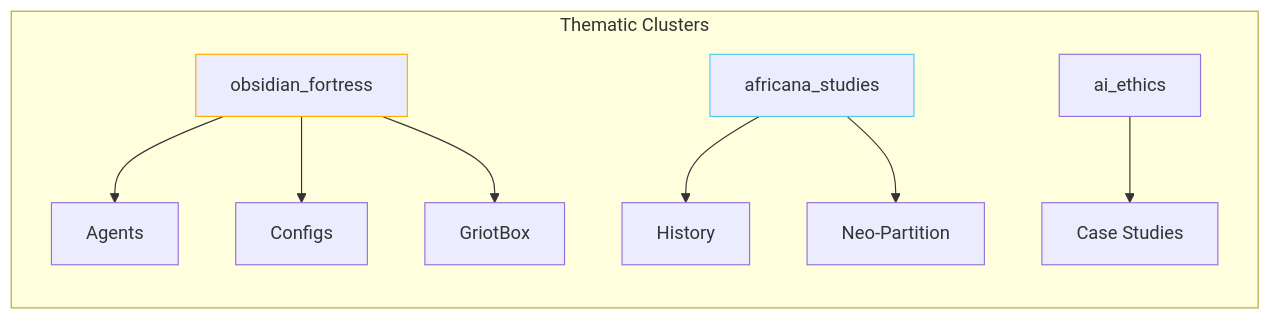
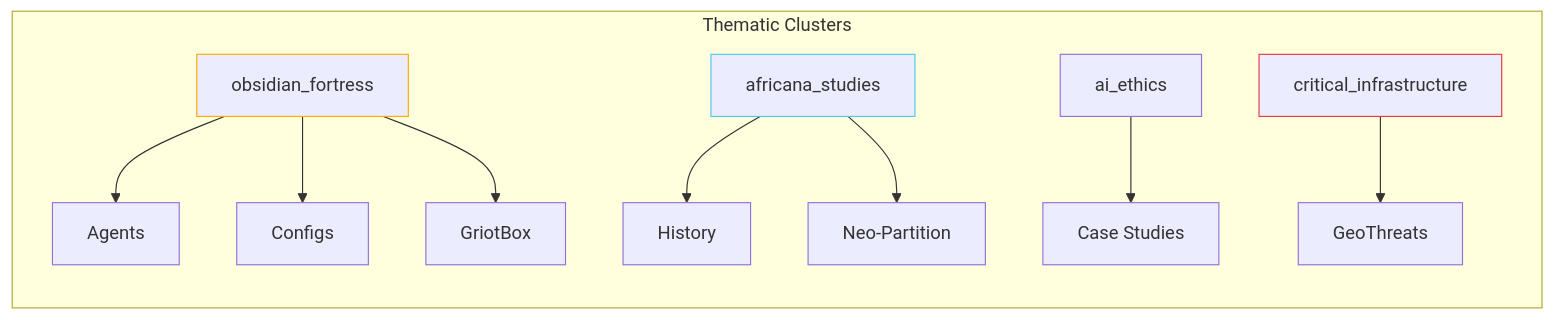
The second of 3 diagrams in obsidian_ops/vault_path_glyph.md (digitalscorpyun/anacostia-vault), drawn with Mermaid before and after one commit. The commit also changed other lines of this file and 431 other files, not shown here.

````diff
--- a/obsidian_ops/vault_path_glyph.md
+++ b/obsidian_ops/vault_path_glyph.md
@@ -77,13 +70,15 @@
 ```mermaid
 flowchart LR
     subgraph "Thematic Clusters"
         A[obsidian_fortress] --> B[Agents]
         A --> C[Configs]
         A --> D[GriotBox]
         E[africana_studies] --> F[History]
         E --> G[Neo-Partition]
         H[ai_ethics] --> I[Case Studies]
+        J[critical_infrastructure] --> K[GeoThreats]
     end
     style A stroke:#FFAA00
     style E stroke:#4CC9F0
+    style J stroke:#E63946
 ```
````
